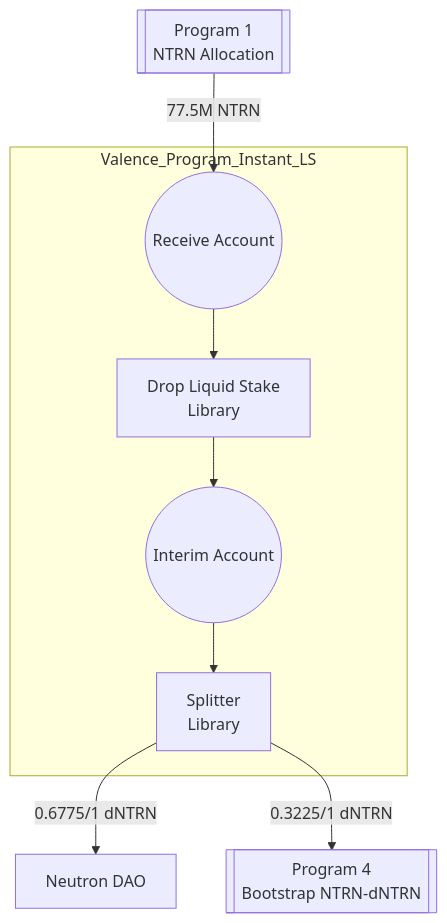
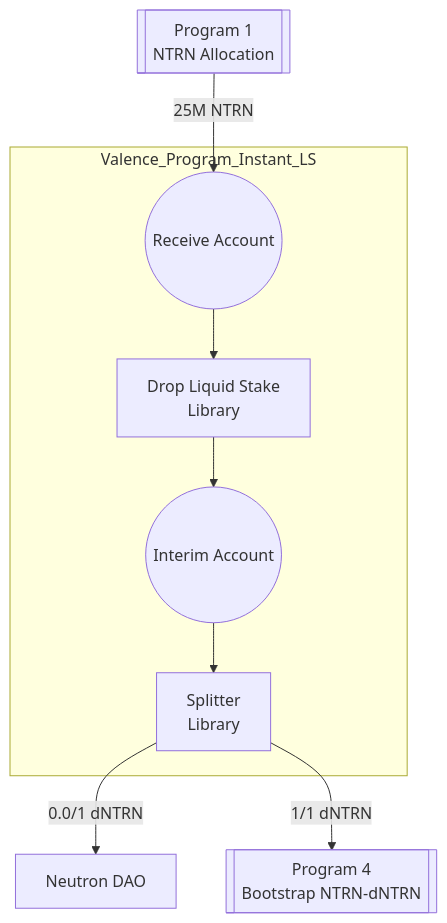
The diagram in programs/2025-03-23-prod-dICS-ntrn-instant-ls/README.md (timewave-computer/timewave-program-deployments), drawn with Mermaid before and after one commit. The commit also changed other lines of this file, not shown here.

````diff
--- a/programs/2025-03-23-prod-dICS-ntrn-instant-ls/README.md
+++ b/programs/2025-03-23-prod-dICS-ntrn-instant-ls/README.md
@@ -16,16 +15,16 @@
 ```mermaid
 graph TB;
     P1[[Program 1<br>NTRN Allocation]]
     subgraph Valence_Program_Instant_LS
         RA((Receive Account))
         LS[Drop Liquid Stake<br>Library]
         IA((Interim Account))
         S[Splitter<br>Library]
     end
     N1[Neutron DAO]
     P4[[Program 4<br>Bootstrap NTRN-dNTRN]]
-    P1 --77.5M NTRN--> RA
+    P1 --25M NTRN--> RA
     RA --> LS --> IA --> S
-    S --0.6775/1 dNTRN--> N1
-    S --0.3225/1 dNTRN--> P4
+    S --0.0/1 dNTRN--> N1
+    S --1/1 dNTRN--> P4
 ```
````
